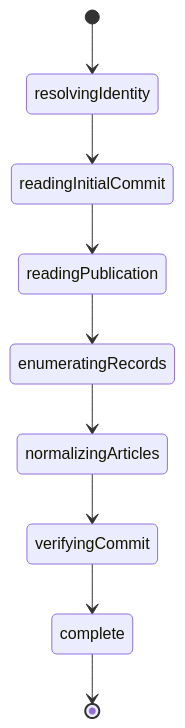
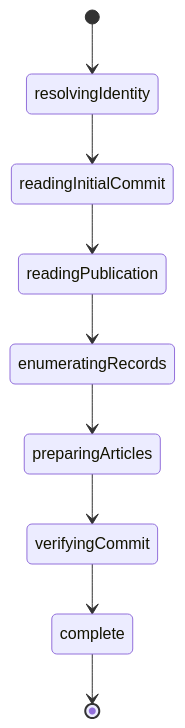
The second of 2 diagrams in specs/001-homepage-native-blog/contracts/reader-lifecycle.md (delightful-labs/delightful-labs), drawn with Mermaid before and after one commit. The commit also changed other lines of this file and 23 other files, not shown here.

````diff
--- a/specs/001-homepage-native-blog/contracts/reader-lifecycle.md
+++ b/specs/001-homepage-native-blog/contracts/reader-lifecycle.md
@@ -73,11 +73,11 @@
 ```mermaid
 stateDiagram-v2
     [*] --> resolvingIdentity
     resolvingIdentity --> readingInitialCommit
     readingInitialCommit --> readingPublication
     readingPublication --> enumeratingRecords
-    enumeratingRecords --> normalizingArticles
-    normalizingArticles --> verifyingCommit
+    enumeratingRecords --> preparingArticles
+    preparingArticles --> verifyingCommit
     verifyingCommit --> complete
     complete --> [*]
 ```
````
